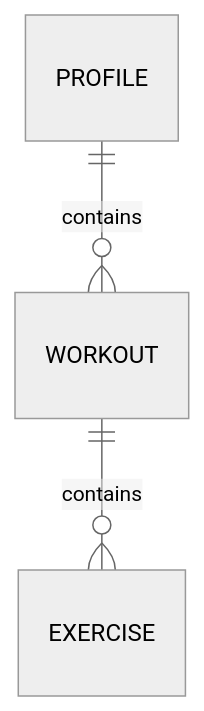
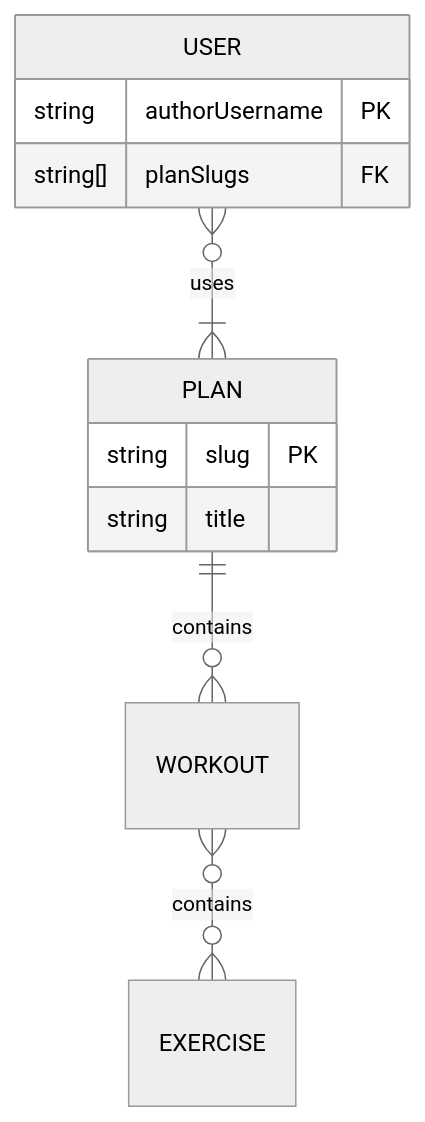
One commit to rak3rman/racetrak changed the diagram in README.md. Above: the diagram before and after it, drawn with Mermaid (neutral theme). The commit also changed other lines of this file, not shown here.

Commit message:
feat: updated ER diagram on README

````diff
--- a/README.md
+++ b/README.md
@@ -22,6 +25,22 @@
 ```mermaid
 erDiagram
-    PROFILE ||--o{ WORKOUT : contains
+    USER }o--|{ PLAN : uses
 
-    WORKOUT ||--o{ EXERCISE : contains
+    USER {
+        string authorUsername PK
+        string[] planSlugs FK
+    }
+
+    PLAN ||--o{ WORKOUT : contains
+
+    PLAN {
+        string slug PK
+        string title
+    }
+
+    WORKOUT }o--o{ EXERCISE : contains
+
+    WORKOUT {}
+
+    EXERCISE {}
 ```
````
